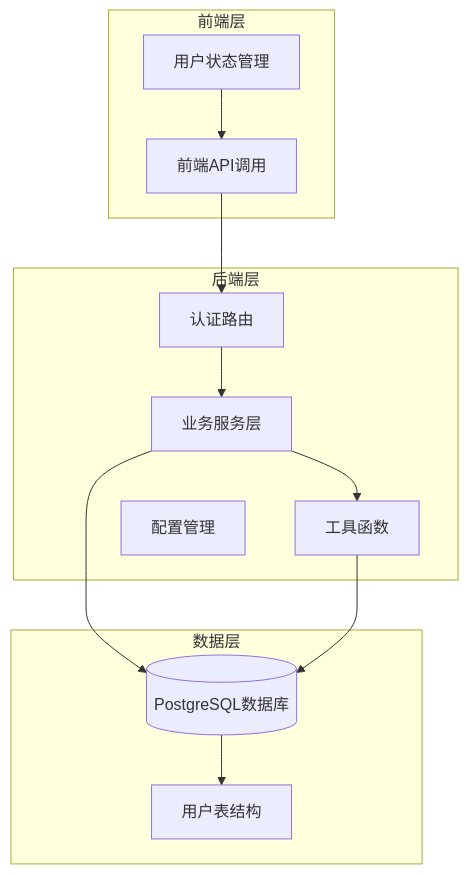
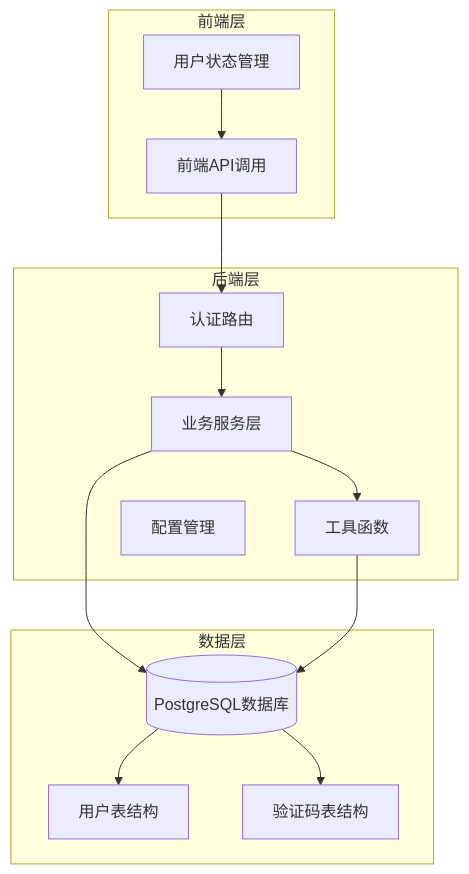
The first of 15 diagrams in .qoder/repowiki/zh/content/核心功能模块/用户管理与商业化/用户认证系统.md (joezxh/QuantDinger), drawn with Mermaid before and after one commit. The commit also changed other lines of this file and 548 other files, not shown here.

````diff
--- a/.qoder/repowiki/zh/content/核心功能模块/用户管理与商业化/用户认证系统.md
+++ b/.qoder/repowiki/zh/content/核心功能模块/用户管理与商业化/用户认证系统.md
@@ -41,24 +53,26 @@
 ```mermaid
 graph TB
 subgraph "前端层"
 FE_API[前端API调用]
 FE_STORE[用户状态管理]
 end
 subgraph "后端层"
 ROUTES[认证路由]
 SERVICES[业务服务层]
 UTILS[工具函数]
 CONFIG[配置管理]
 end
 subgraph "数据层"
 DB[(PostgreSQL数据库)]
 TABLES[用户表结构]
+VERIFICATION_TABLES[验证码表结构]
 end
 FE_API --> ROUTES
 FE_STORE --> FE_API
 ROUTES --> SERVICES
 SERVICES --> UTILS
 SERVICES --> DB
 UTILS --> DB
 DB --> TABLES
+DB --> VERIFICATION_TABLES
 ```
````
